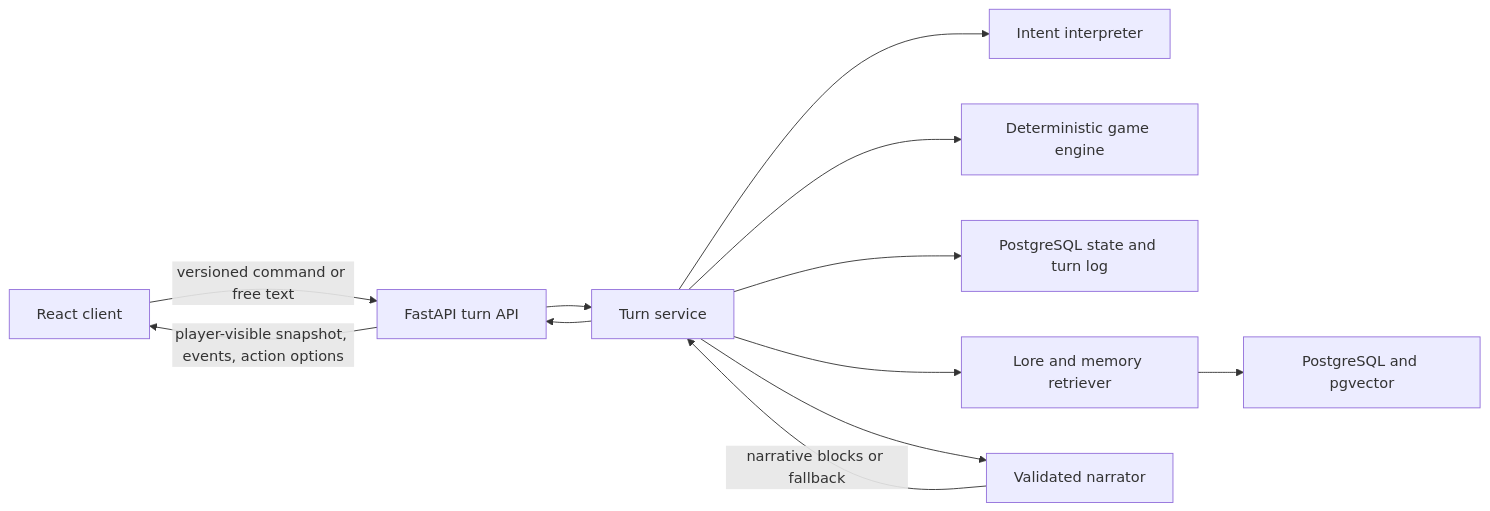
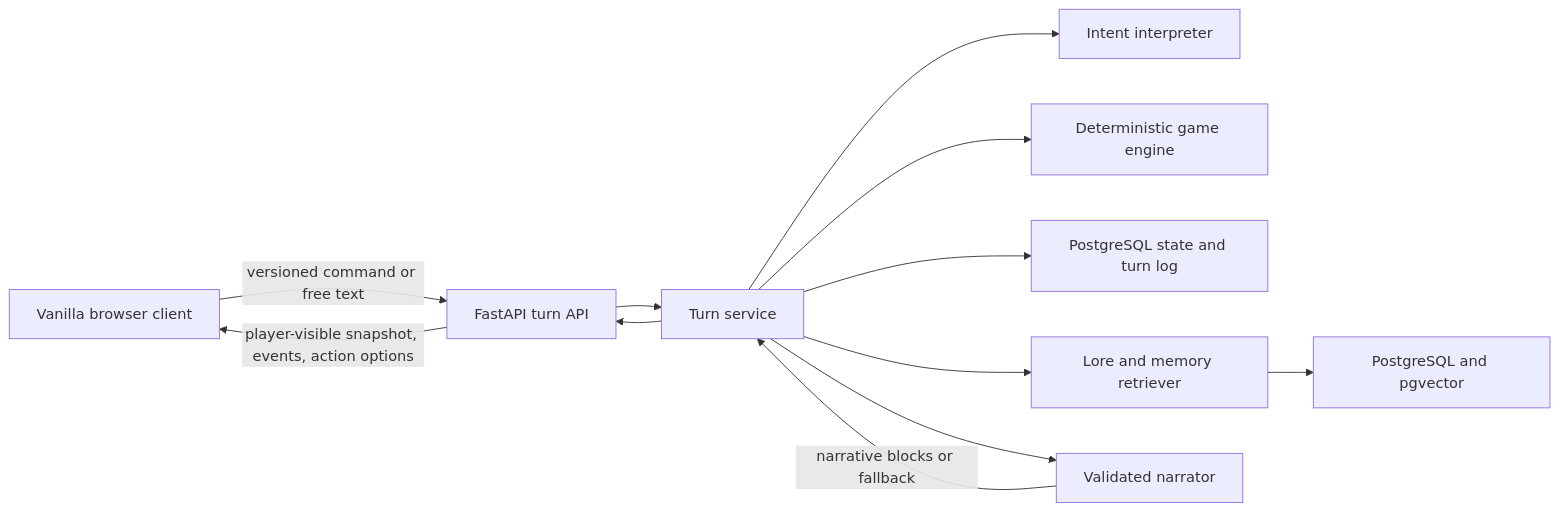
Before and after one commit to Nick-Zoc/The-Shimmering-Wastes-RAG-Powered-Text-Based-RPG: the diagram in docs/ARCHITECTURE.md, drawn with Mermaid. The commit also changed other lines of this file and 20 other files, not shown here.

````diff
--- a/docs/ARCHITECTURE.md
+++ b/docs/ARCHITECTURE.md
@@ -25,14 +25,14 @@
 ```mermaid
 flowchart LR
-    UI["React client"] -->|"versioned command or free text"| API["FastAPI turn API"]
+    UI["Vanilla browser client"] -->|"versioned command or free text"| API["FastAPI turn API"]
     API --> TURN["Turn service"]
     TURN --> INTENT["Intent interpreter"]
     TURN --> ENGINE["Deterministic game engine"]
     TURN --> DB["PostgreSQL state and turn log"]
     TURN --> RETRIEVER["Lore and memory retriever"]
     RETRIEVER --> VECTOR["PostgreSQL and pgvector"]
     TURN --> NARRATOR["Validated narrator"]
     NARRATOR -->|"narrative blocks or fallback"| TURN
     TURN --> API
     API -->|"player-visible snapshot, events, action options"| UI
 ```
````
